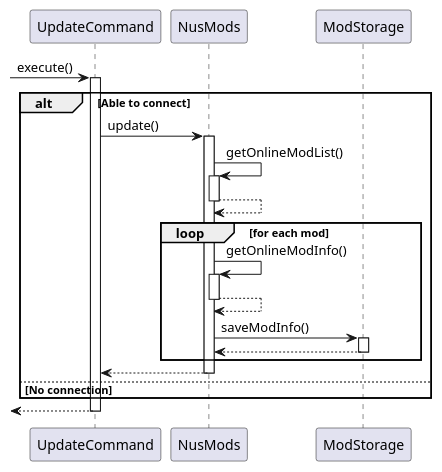
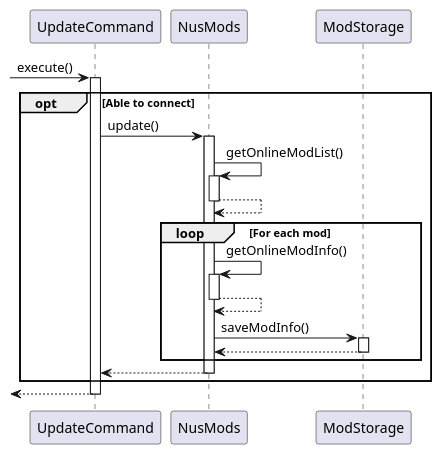
The diagram in docs/uml-diagrams/Update.puml (nus-cs2113-AY2122S1/tp), drawn with PlantUML before and after one commit. The commit also changed 10 other files, not shown here.

```diff
--- a/docs/uml-diagrams/Update.puml
+++ b/docs/uml-diagrams/Update.puml
@@ -1,33 +1,33 @@
 @startuml
 
 [-> UpdateCommand : execute()
 activate UpdateCommand
 
-alt Able to connect
+opt Able to connect
     UpdateCommand -> NusMods : update()
     activate NusMods
     NusMods -> NusMods : getOnlineModList()
     activate NusMods
     NusMods --> NusMods
     deactivate NusMods
-    loop for each mod
+    loop For each mod
         NusMods -> NusMods : getOnlineModInfo()
         activate NusMods
         NusMods --> NusMods
         deactivate NusMods
         NusMods -> ModStorage : saveModInfo()
         activate ModStorage
         ModStorage --> NusMods
         deactivate ModStorage
     end
     NusMods --> UpdateCommand
     deactivate NusMods
 
-else No connection
+
 
 end
 
 <-- UpdateCommand
 deactivate UpdateCommand
 
 @enduml
```
